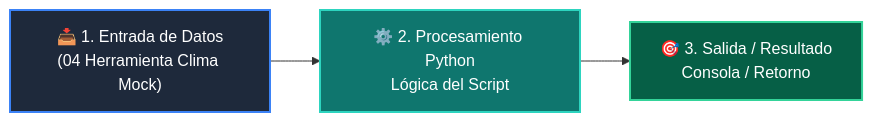
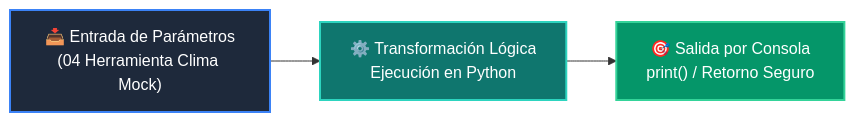
The diagram in 03-agentes-ia/clase-04-tool-calling-funciones/ejemplos/ejemplo_04_herramienta_clima_mock/README.md (wisrovi/wisrovi-python), drawn with Mermaid before and after one commit. The commit also changed other lines of this file and 226 other files, not shown here.

Commit message:
docs: elevate all repository READMEs to world-class mastery standard with rich pedagogical architecture, custom Mermaids, and professional styling

````diff
--- a/03-agentes-ia/clase-04-tool-calling-funciones/ejemplos/ejemplo_04_herramienta_clima_mock/README.md
+++ b/03-agentes-ia/clase-04-tool-calling-funciones/ejemplos/ejemplo_04_herramienta_clima_mock/README.md
@@ -12,9 +19,9 @@
 ```mermaid
 flowchart LR
-    A["📥 1. Entrada de Datos<br/>(04 Herramienta Clima Mock)"] --> B["⚙️ 2. Procesamiento Python<br/>Lógica del Script"]
-    B --> C["🎯 3. Salida / Resultado<br/>Consola / Retorno"]
+    A["📥 Entrada de Parámetros<br/>(04 Herramienta Clima Mock)"] --> B["⚙️ Transformación Lógica<br/>Ejecución en Python"]
+    B --> C["🎯 Salida por Consola<br/>print() / Retorno Seguro"]
 
-    style A fill:#1e293b,color:#fff,stroke:#3b82f6,stroke-width:2px
-    style B fill:#0f766e,color:#fff,stroke:#2dd4bf,stroke-width:2px
-    style C fill:#065f46,color:#fff,stroke:#34d399,stroke-width:2px
+    style A fill:#1e293b,color:#ffffff,stroke:#3b82f6,stroke-width:2px
+    style B fill:#0f766e,color:#ffffff,stroke:#2dd4bf,stroke-width:2px
+    style C fill:#059669,color:#ffffff,stroke:#34d399,stroke-width:2px
 ```
````
